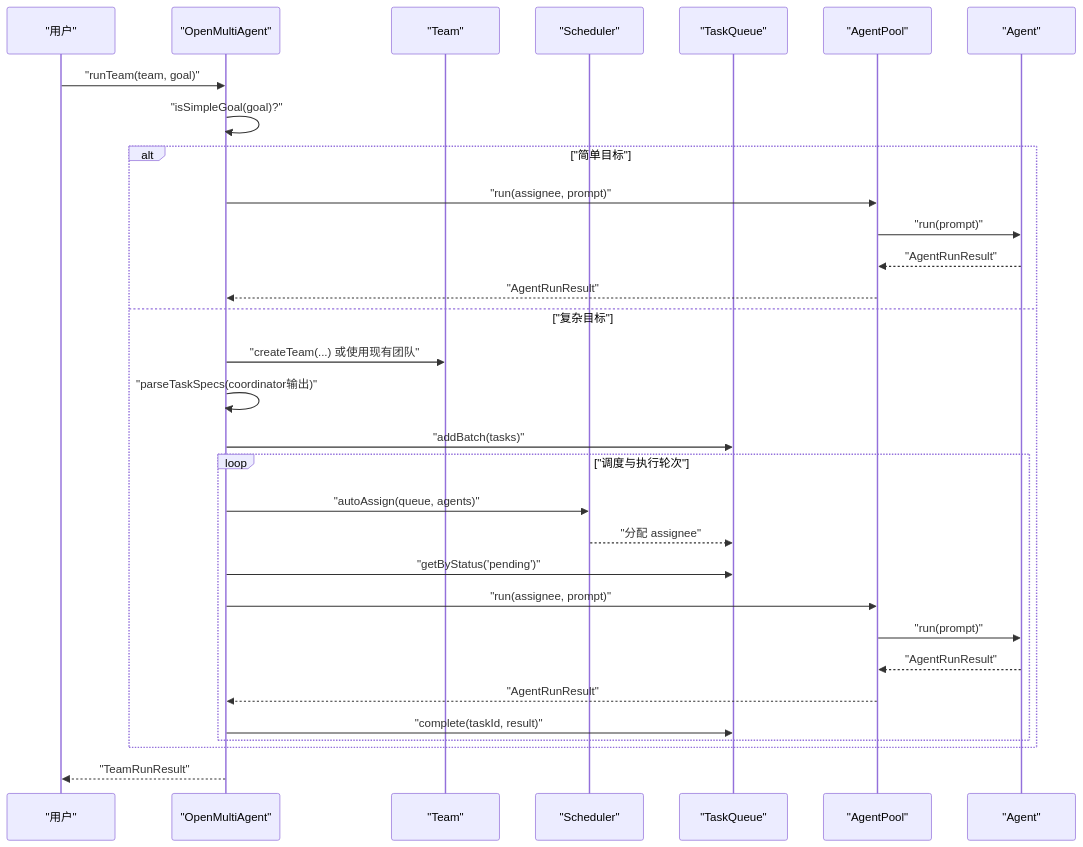
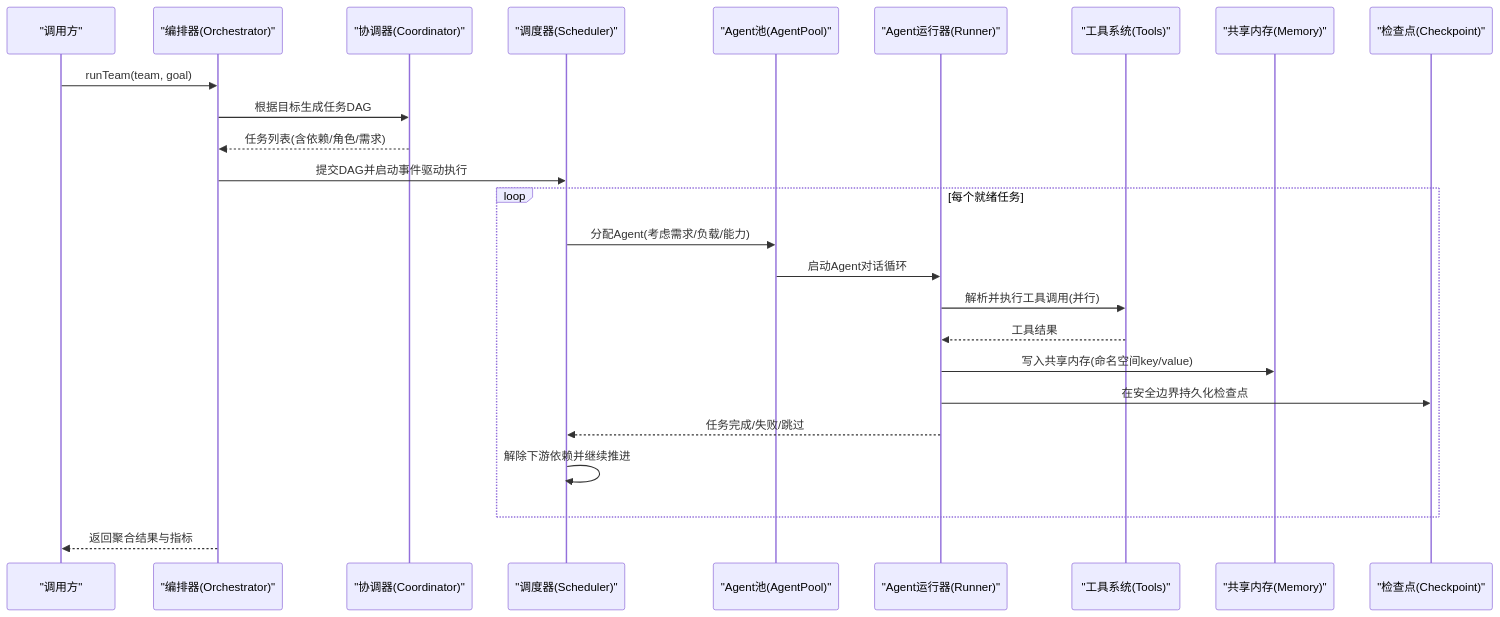
The second of 9 diagrams in .qoder/repowiki/zh/content/核心概念/核心概念.md (haolange/open-multi-agent), drawn with Mermaid before and after one commit. The commit also changed other lines of this file and 293 other files, not shown here.

````diff
--- a/.qoder/repowiki/zh/content/核心概念/核心概念.md
+++ b/.qoder/repowiki/zh/content/核心概念/核心概念.md
@@ -112,33 +79,27 @@
 ```mermaid
 sequenceDiagram
-participant U as "用户"
-participant OM as "OpenMultiAgent"
-participant TEAM as "Team"
-participant SCH as "Scheduler"
-participant Q as "TaskQueue"
-participant POOL as "AgentPool"
-participant AG as "Agent"
-U->>OM : "runTeam(team, goal)"
-OM->>OM : "isSimpleGoal(goal)?"
-alt "简单目标"
-OM->>POOL : "run(assignee, prompt)"
-POOL->>AG : "run(prompt)"
-AG-->>POOL : "AgentRunResult"
-POOL-->>OM : "AgentRunResult"
-else "复杂目标"
-OM->>TEAM : "createTeam(...) 或使用现有团队"
-OM->>OM : "parseTaskSpecs(coordinator输出)"
-OM->>Q : "addBatch(tasks)"
-loop "调度与执行轮次"
-OM->>SCH : "autoAssign(queue, agents)"
-SCH-->>Q : "分配 assignee"
-OM->>Q : "getByStatus('pending')"
-OM->>POOL : "run(assignee, prompt)"
-POOL->>AG : "run(prompt)"
-AG-->>POOL : "AgentRunResult"
-POOL-->>OM : "AgentRunResult"
-OM->>Q : "complete(taskId, result)"
+participant U as "调用方"
+participant O as "编排器(Orchestrator)"
+participant C as "协调器(Coordinator)"
+participant S as "调度器(Scheduler)"
+participant P as "Agent池(AgentPool)"
+participant R as "Agent运行器(Runner)"
+participant T as "工具系统(Tools)"
+participant M as "共享内存(Memory)"
+participant CK as "检查点(Checkpoint)"
+U->>O : runTeam(team, goal)
+O->>C : 根据目标生成任务DAG
+C-->>O : 任务列表(含依赖/角色/需求)
+O->>S : 提交DAG并启动事件驱动执行
+loop 每个就绪任务
+S->>P : 分配Agent(考虑需求/负载/能力)
+P->>R : 启动Agent对话循环
+R->>T : 解析并执行工具调用(并行)
+T-->>R : 工具结果
+R->>M : 写入共享内存(命名空间key/value)
+R->>CK : 在安全边界持久化检查点
+R-->>S : 任务完成/失败/跳过
+S->>S : 解除下游依赖并继续推进
 end
-end
-OM-->>U : "TeamRunResult"
+O-->>U : 返回聚合结果与指标
 ```
````
